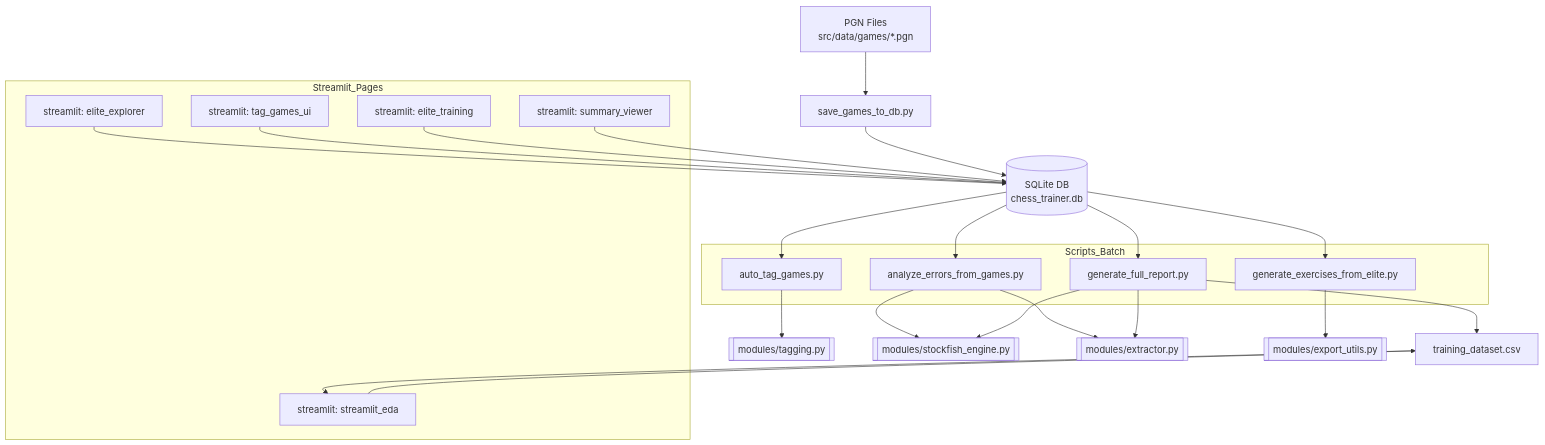
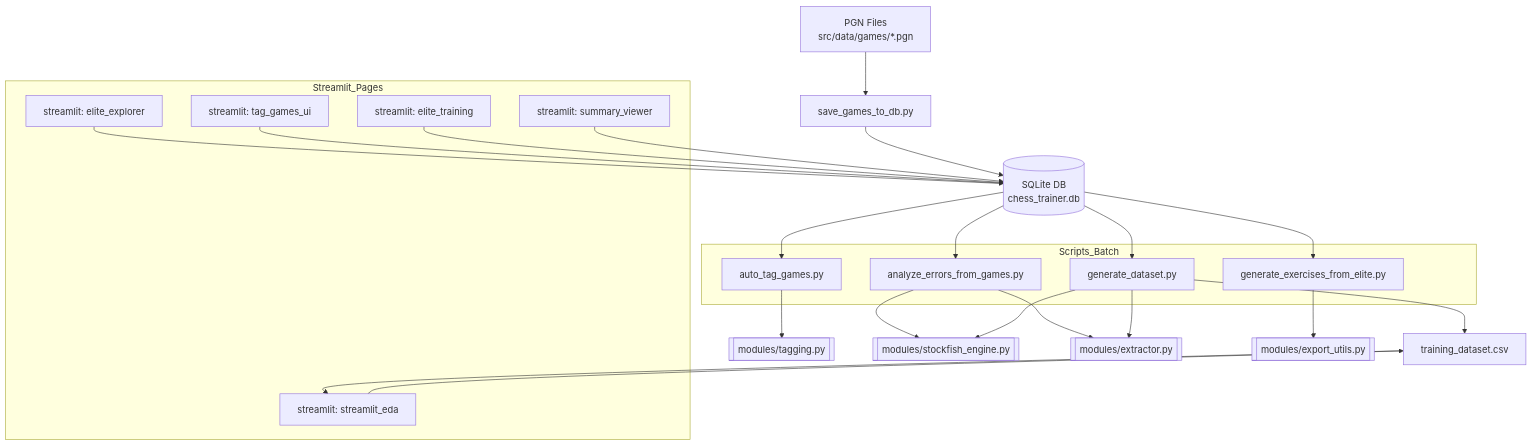
One commit to cmessoftware/chess_trainer changed the diagram in src/architecture.md. Above: the diagram before and after it, drawn with Mermaid. The commit also changed 86 other files, not shown here.

````diff
--- a/src/architecture.md
+++ b/src/architecture.md
@@ -1,43 +1,43 @@
 ```mermaid
 graph TD
   A[PGN Files<br>src/data/games/*.pgn] --> B[save_games_to_db.py]
   B --> DB[(SQLite DB<br>chess_trainer.db)]
 
   DB --> C[auto_tag_games.py]
   DB --> D[analyze_errors_from_games.py]
   DB --> E[generate_exercises_from_elite.py]
-  DB --> F[generate_full_report.py]
+  DB --> F[generate_dataset.py]
 
   C --> M1[[modules/tagging.py]]
   D --> M2[[modules/stockfish_engine.py]]
   D --> M3[[modules/extractor.py]]
   E --> M4[[modules/export_utils.py]]
   F --> M2
   F --> M3
 
   G1[streamlit: elite_explorer] --> DB
   G2[streamlit: tag_games_ui] --> DB
   G3[streamlit: elite_training] --> DB
   G4[streamlit: summary_viewer] --> DB
   
   CSV[training_dataset.csv]
   G5[streamlit: streamlit_eda] --> CSV
 
   F --> CSV
   CSV --> G5
 
   subgraph Streamlit_Pages
     G1
     G2
     G3
     G4
     G5
   end
 
   subgraph Scripts_Batch
     C
     D
     E
     F
   end
 ```
````
